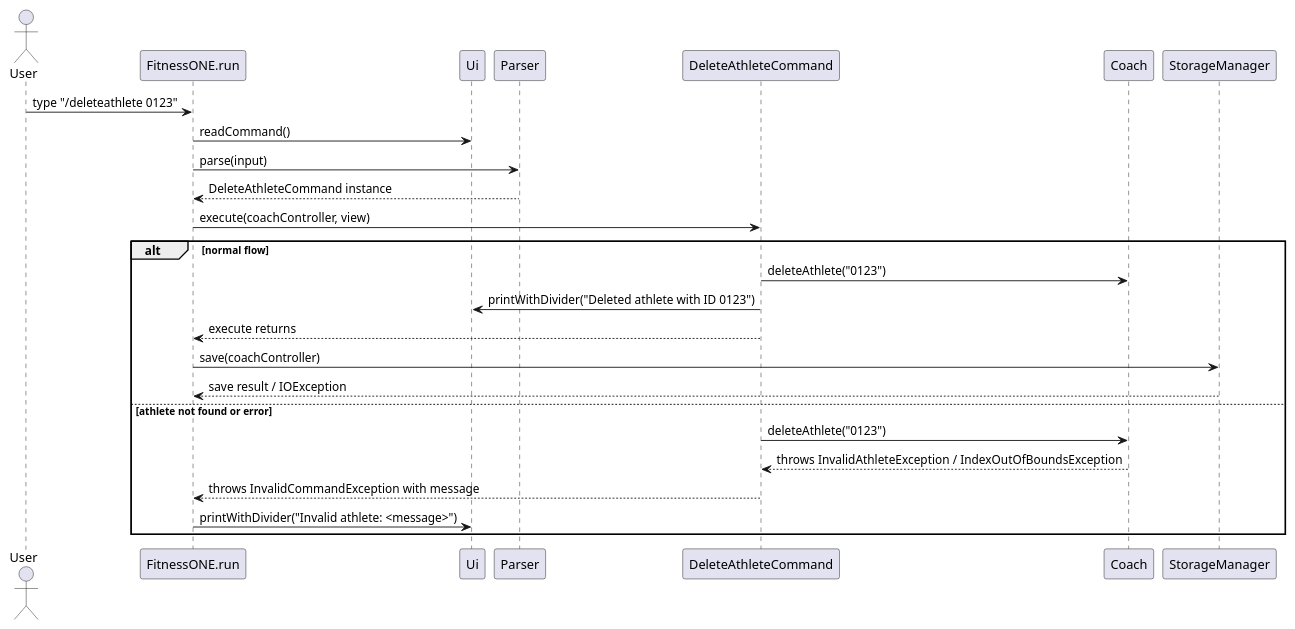
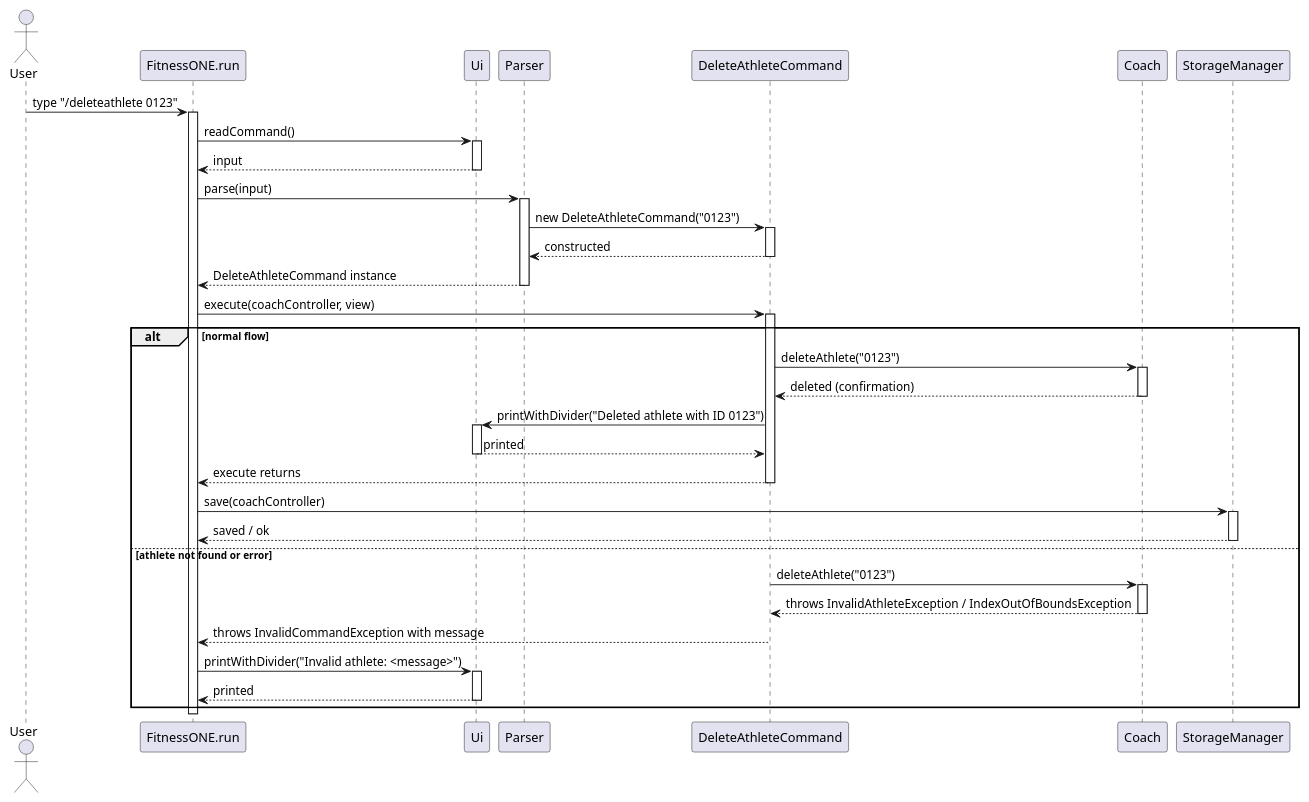
One commit to AY2526S1-CS2113-W14-1/tp changed the diagram in docs/diagrams/DeleteAthlete_sequence.puml. Above: the diagram before and after it, drawn with PlantUML. The commit also changed 22 other files, not shown here.

Commit message:
modification after PE-dry run 1. indentation for printing new session 2. adding activation bar 3. adding exception to redundant inputs 4. adjusting inputs with extra space

```diff
--- a/docs/diagrams/DeleteAthlete_sequence.puml
+++ b/docs/diagrams/DeleteAthlete_sequence.puml
@@ -1,29 +1,63 @@
 @startuml
 actor User
 participant FitnessONE as "FitnessONE.run"
 participant Ui as "Ui"
 participant Parser as "Parser"
 participant DeleteCmd as "DeleteAthleteCommand"
 participant Coach as "Coach"
 participant Storage as "StorageManager"
 
 User -> FitnessONE : type "/deleteathlete 0123"
+activate FitnessONE
+
 FitnessONE -> Ui : readCommand()
+activate Ui
+Ui --> FitnessONE : input
+deactivate Ui
+
 FitnessONE -> Parser : parse(input)
+activate Parser
+' Parser constructs the command so activation bar starts at command header
+Parser -> DeleteCmd ++ : new DeleteAthleteCommand("0123")
+DeleteCmd --> Parser -- : constructed
 Parser --> FitnessONE : DeleteAthleteCommand instance
+deactivate Parser
+
 FitnessONE -> DeleteCmd : execute(coachController, view)
+activate DeleteCmd
 
 alt normal flow
     DeleteCmd -> Coach : deleteAthlete("0123")
+    activate Coach
+    Coach --> DeleteCmd : deleted (confirmation)
+    deactivate Coach
+
     DeleteCmd -> Ui : printWithDivider("Deleted athlete with ID 0123")
+    activate Ui
+    Ui --> DeleteCmd : printed
+    deactivate Ui
+
     DeleteCmd --> FitnessONE : execute returns
+    deactivate DeleteCmd
+
     FitnessONE -> Storage : save(coachController)
-    Storage --> FitnessONE : save result / IOException
+    activate Storage
+    Storage --> FitnessONE : saved / ok
+    deactivate Storage
 else athlete not found or error
     DeleteCmd -> Coach : deleteAthlete("0123")
+    activate Coach
     Coach --> DeleteCmd : throws InvalidAthleteException / IndexOutOfBoundsException
+    deactivate Coach
+
     DeleteCmd --> FitnessONE : throws InvalidCommandException with message
+    deactivate DeleteCmd
+
     FitnessONE -> Ui : printWithDivider("Invalid athlete: <message>")
+    activate Ui
+    Ui --> FitnessONE : printed
+    deactivate Ui
 end
 
+deactivate FitnessONE
 @enduml
```
